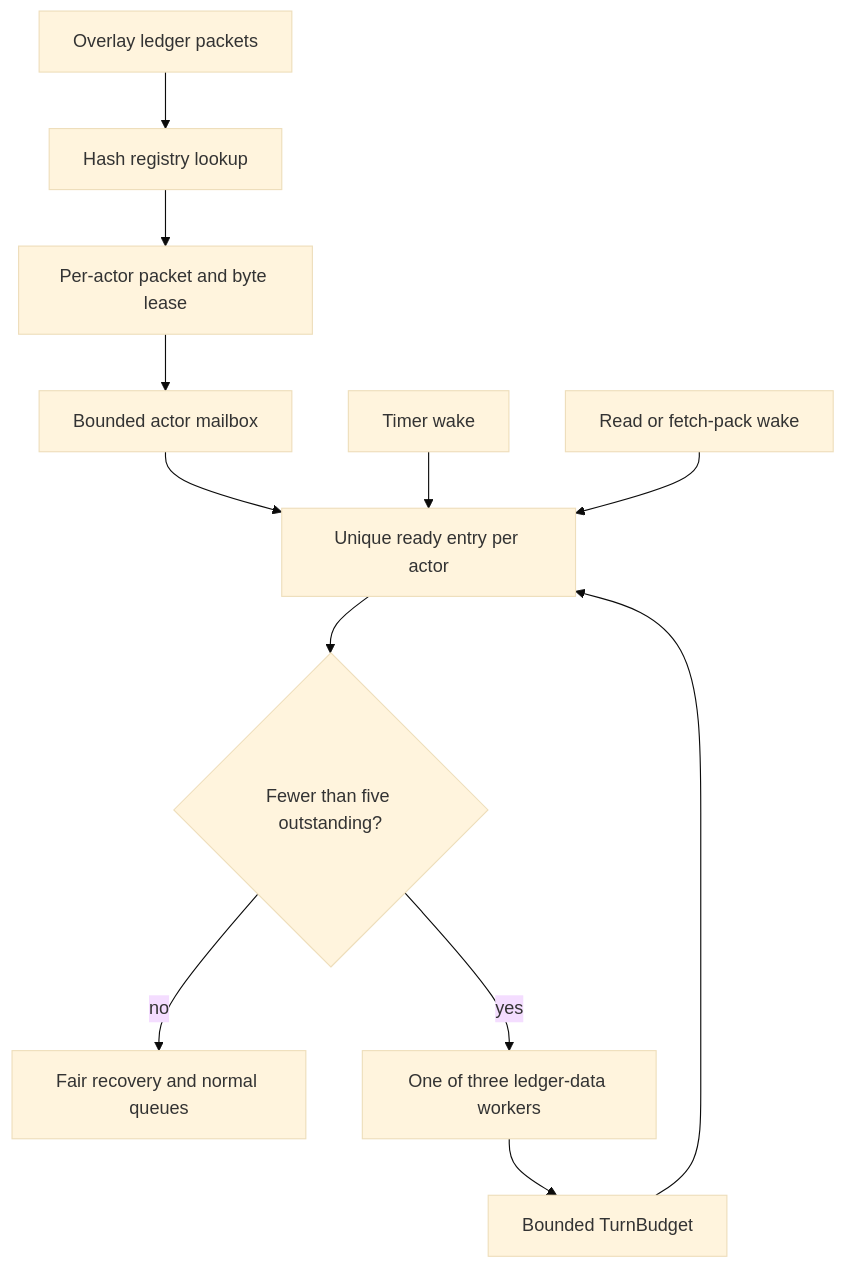
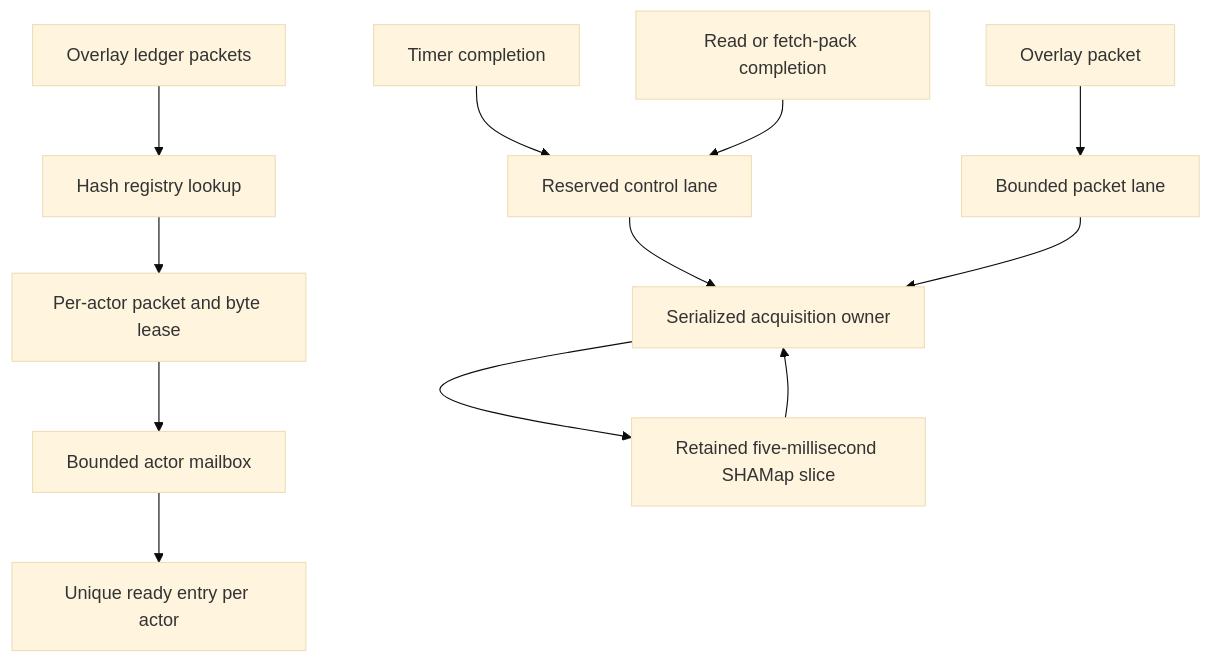
One commit to TusharPardhe/quaxar changed the eighth of 10 diagrams in docs/ACQUISITION.md. Above: the diagram before and after it, drawn with Mermaid (base theme). The commit also changed other lines of this file and 13 other files, not shown here.

````diff
--- a/docs/ACQUISITION.md
+++ b/docs/ACQUISITION.md
@@ -318,14 +316,14 @@
 ```mermaid
 flowchart TB
     OVERLAY[Overlay ledger packets] --> LOOKUP[Hash registry lookup]
     LOOKUP --> GATE[Per-actor packet and byte lease]
     GATE --> MAILBOX[Bounded actor mailbox]
     MAILBOX --> READY[Unique ready entry per actor]
-    TIMEOUT[Timer wake] --> READY
-    READ[Read or fetch-pack wake] --> READY
-    READY --> LIMIT{Fewer than five outstanding?}
-    LIMIT -- no --> WAIT[Fair recovery and normal queues]
-    LIMIT -- yes --> WORKER[One of three ledger-data workers]
-    WORKER --> BUDGET[Bounded TurnBudget]
-    BUDGET --> READY
+    TIMEOUT[Timer completion] --> QUEUE[Reserved control lane]
+    READ[Read or fetch-pack completion] --> QUEUE
+    PACKET[Overlay packet] --> PACKETS[Bounded packet lane]
+    QUEUE --> OWNER[Serialized acquisition owner]
+    PACKETS --> OWNER
+    OWNER --> SLICE[Retained five-millisecond SHAMap slice]
+    SLICE --> OWNER
 ```
````
